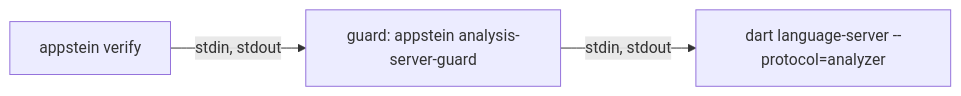
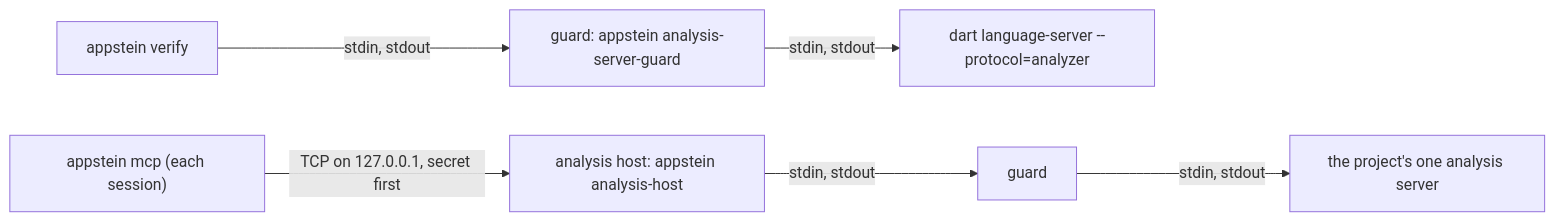
The diagram in docs/guide/verify.md (UTTAM-VAGHASIA/appstein), drawn with Mermaid before and after one commit. The commit also changed other lines of this file and 29 other files, not shown here.

````diff
--- a/docs/guide/verify.md
+++ b/docs/guide/verify.md
@@ -622,5 +629,8 @@
 ```mermaid
 flowchart LR
   V["appstein verify"] -- "stdin, stdout" --> G["guard: appstein analysis-server-guard"]
   G -- "stdin, stdout" --> S["dart language-server --protocol=analyzer"]
+  M["appstein mcp (each session)"] -- "TCP on 127.0.0.1, secret first" --> H["analysis host: appstein analysis-host"]
+  H -- "stdin, stdout" --> G2["guard"]
+  G2 -- "stdin, stdout" --> S2["the project's one analysis server"]
 ```
````
